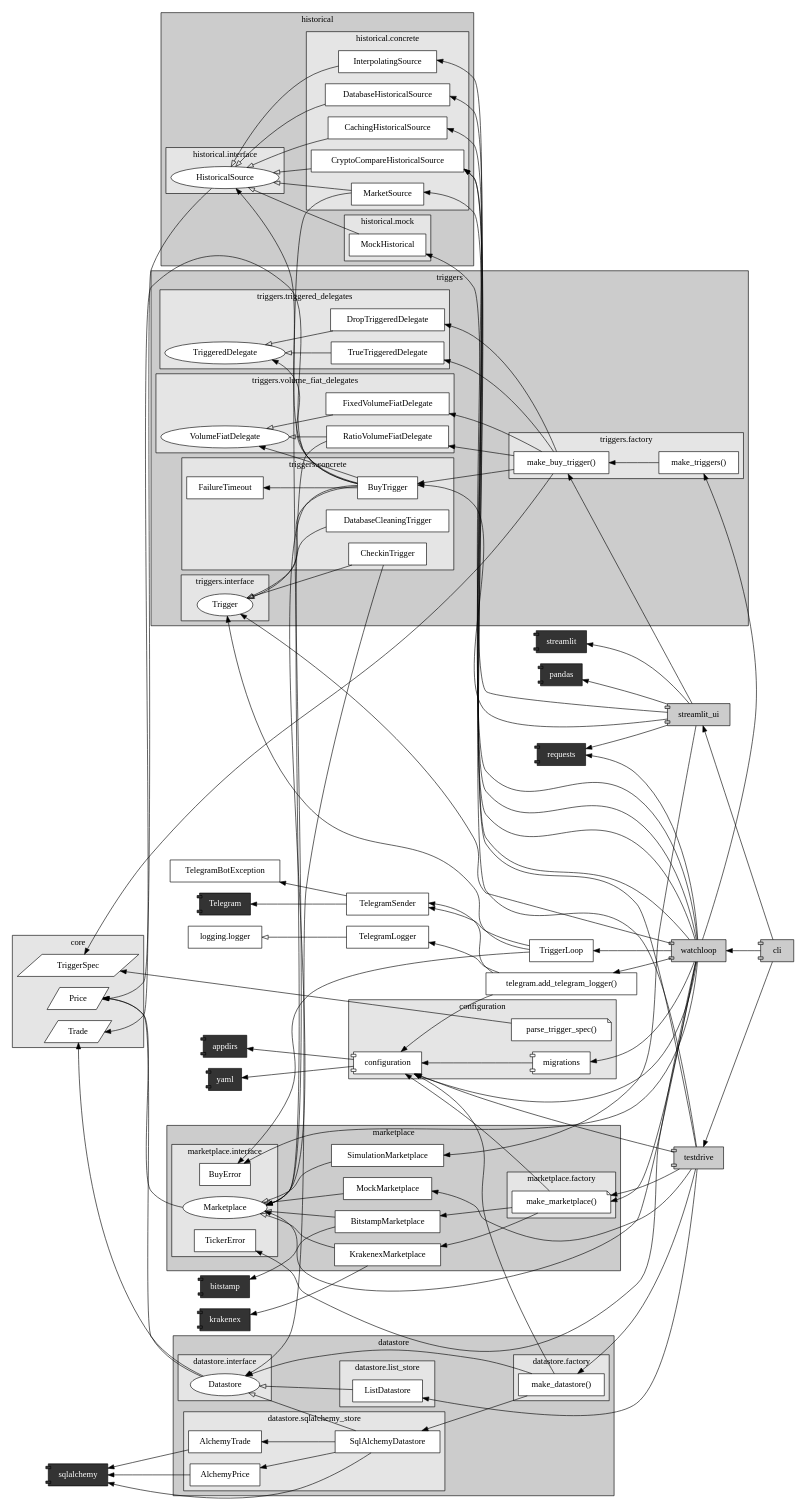
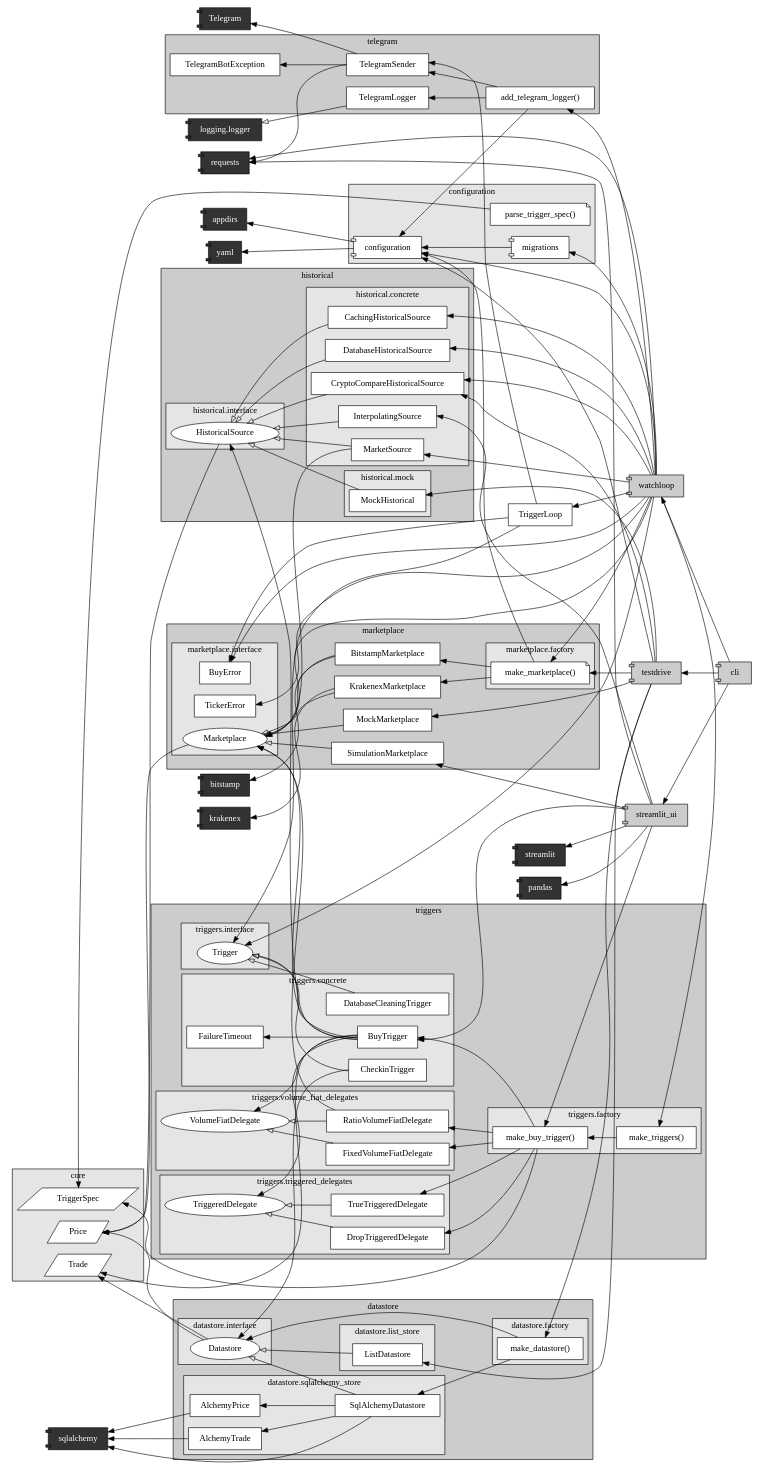
Before and after one commit to martin-ueding/vigilant-crypto-snatch: the diagram in docs/dev/graphs/architecture.dot, drawn with Graphviz. The commit also changed 4 other files, not shown here.

```diff
--- a/docs/dev/graphs/architecture.dot
+++ b/docs/dev/graphs/architecture.dot
@@ -16,6 +16,7 @@
     "streamlit"
     "pandas"
     "yaml"
+    "logging.logger"
 }
 
 subgraph cluster_triggers {
@@ -65,6 +66,17 @@
         "RatioVolumeFiatDelegate"
         "FixedVolumeFiatDelegate"
     }
+}
+
+subgraph cluster_telegram {
+    label = "telegram"
+    fillcolor = gray80
+    style=filled
+    
+    "TelegramLogger"
+    "TelegramSender"
+    "TelegramBotException"
+    "add_telegram_logger()"
 }
 
 subgraph cluster_core {
@@ -267,9 +279,9 @@
 "streamlit_ui" -> "requests"
 "streamlit_ui" -> "SimulationMarketplace"
 "streamlit_ui" -> "streamlit"
-"telegram.add_telegram_logger()" -> "configuration"
-"telegram.add_telegram_logger()" -> "TelegramLogger"
-"telegram.add_telegram_logger()" -> "TelegramSender"
+"add_telegram_logger()" -> "configuration"
+"add_telegram_logger()" -> "TelegramLogger"
+"add_telegram_logger()" -> "TelegramSender"
 "TelegramLogger" -> "logging.logger" [arrowhead=onormal]
 "TelegramSender" -> "Telegram"
 "TelegramSender" -> "TelegramBotException"
@@ -286,14 +298,14 @@
 "watchloop" -> "Marketplace"
 "watchloop" -> "MarketSource"
 "watchloop" -> "migrations"
-"watchloop" -> "telegram.add_telegram_logger()"
+"watchloop" -> "add_telegram_logger()"
 "watchloop" -> "TriggerLoop"
 "watchloop" -> "BuyError"
 "watchloop" -> "requests"
 "watchloop" -> "TickerError"
 "watchloop" -> "Trigger"
+"TelegramSender" -> "requests"
 "make_datastore()" -> "SqlAlchemyDatastore"
 "make_datastore()" -> "Datastore"
-"make_datastore()" -> "configuration"
 
 } 
```
